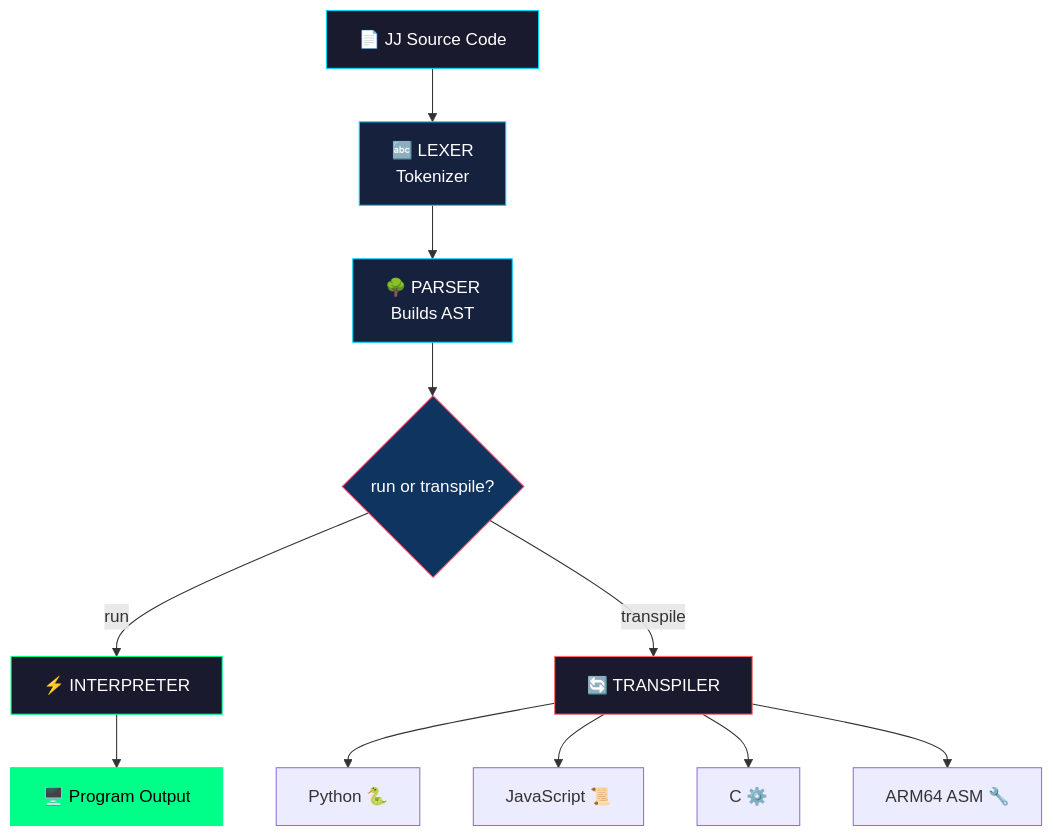
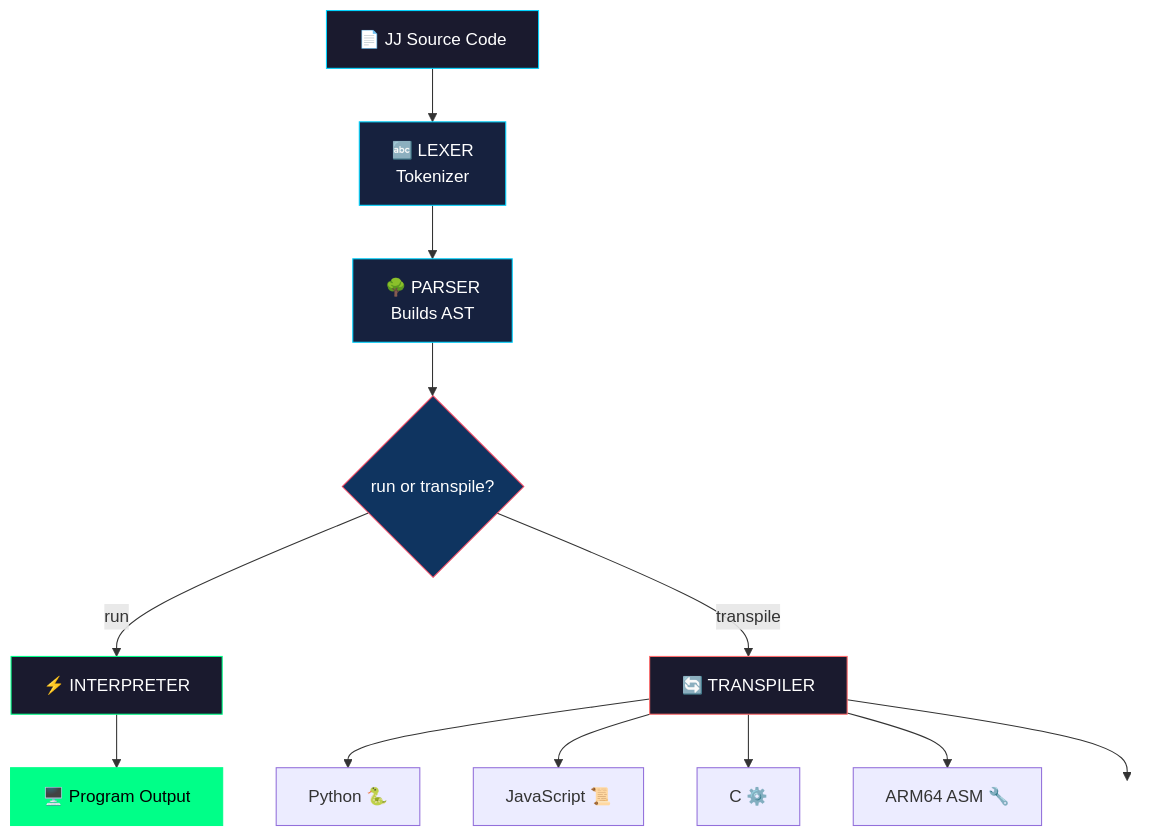
Before and after one commit to SuperBox64/JibberJabber: the diagram in README.md, drawn with Mermaid.

Commit message:
Add invisible spacer node to push diagram away from controls

````diff
--- a/README.md
+++ b/README.md
@@ -350,23 +350,26 @@
 ```mermaid
 flowchart TD
     A[📄 JJ Source Code] --> B[🔤 LEXER<br>Tokenizer]
     B --> C[🌳 PARSER<br>Builds AST]
     C --> D{run or transpile?}
 
     D -->|run| E[⚡ INTERPRETER]
     E --> F[🖥️ Program Output]
 
     D -->|transpile| G[🔄 TRANSPILER]
     G --> H[Python 🐍]
     G --> I[JavaScript 📜]
     G --> J[C ⚙️]
     G --> K[ARM64 ASM 🔧]
+    G --> L[ ]
+
+    style L fill:none,stroke:none,color:none
 
     style A fill:#1a1a2e,stroke:#00d4ff,color:#fff
     style B fill:#16213e,stroke:#00d4ff,color:#fff
     style C fill:#16213e,stroke:#00d4ff,color:#fff
     style D fill:#0f3460,stroke:#e94560,color:#fff
     style E fill:#1a1a2e,stroke:#00ff88,color:#fff
     style F fill:#00ff88,stroke:#00ff88,color:#000
     style G fill:#1a1a2e,stroke:#ff6b6b,color:#fff
 ```
````
